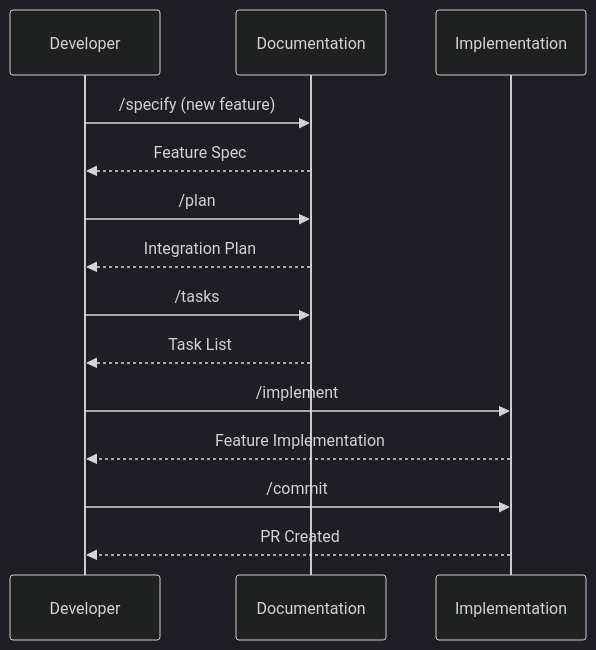
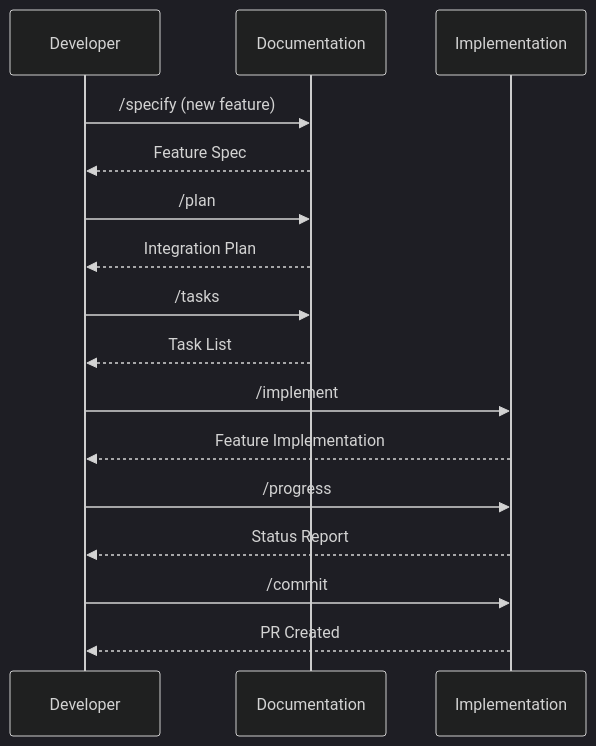
Before and after one commit to Mathews-Tom/sage-dev: the tenth of 23 diagrams in commands/WORKFLOW.md, drawn with Mermaid (dark theme). The commit also changed other lines of this file and 1 other file, not shown here.

Commit message:
docs: integrate /progress into workflow and usage. Positions status analysis between /implement and /commit with updated diagrams, sequences, scenarios, and checklists to improve delivery transparency.

````diff
--- a/commands/WORKFLOW.md
+++ b/commands/WORKFLOW.md
@@ -249,21 +257,24 @@
 ```mermaid
 sequenceDiagram
     participant Dev as Developer
     participant Docs as Documentation
     participant Code as Implementation
     
     Dev->>Docs: /specify (new feature)
     Docs-->>Dev: Feature Spec
     
     Dev->>Docs: /plan
     Docs-->>Dev: Integration Plan
     
     Dev->>Docs: /tasks
     Docs-->>Dev: Task List
 
     Dev->>Code: /implement
     Code-->>Dev: Feature Implementation
 
+    Dev->>Code: /progress
+    Code-->>Dev: Status Report
+
     Dev->>Code: /commit
     Code-->>Dev: PR Created
 ```
````
